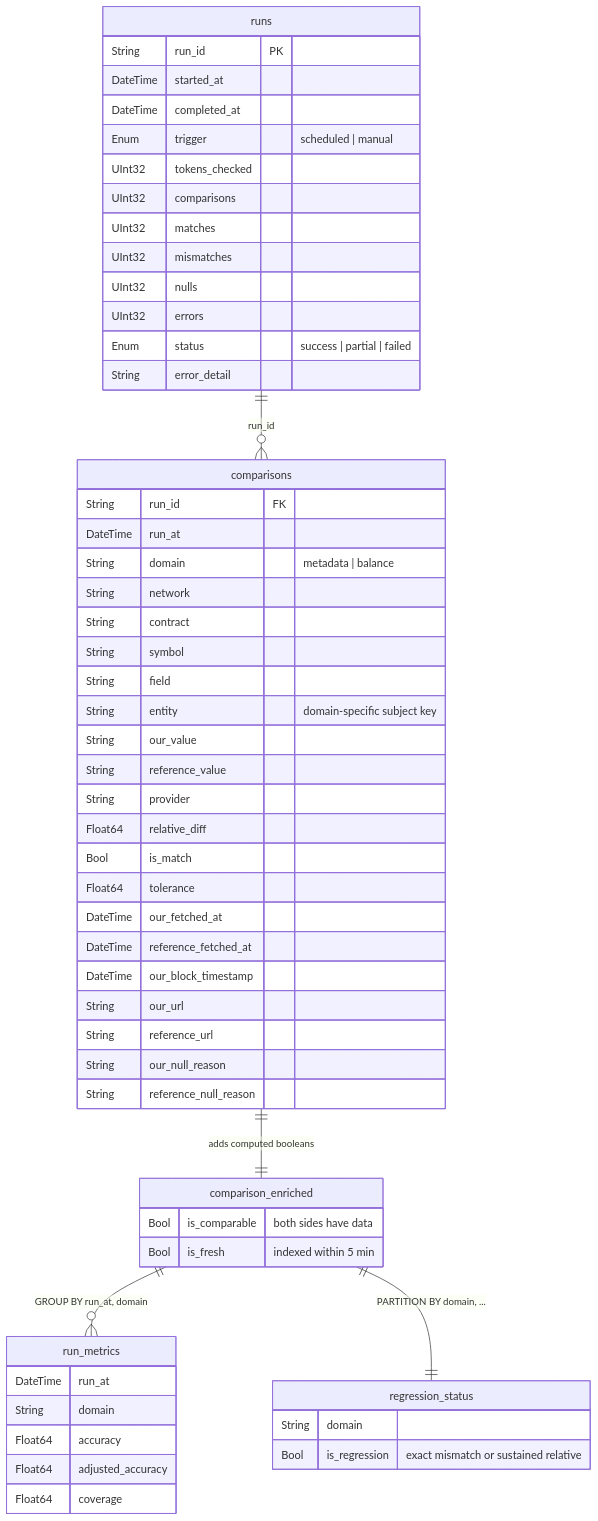
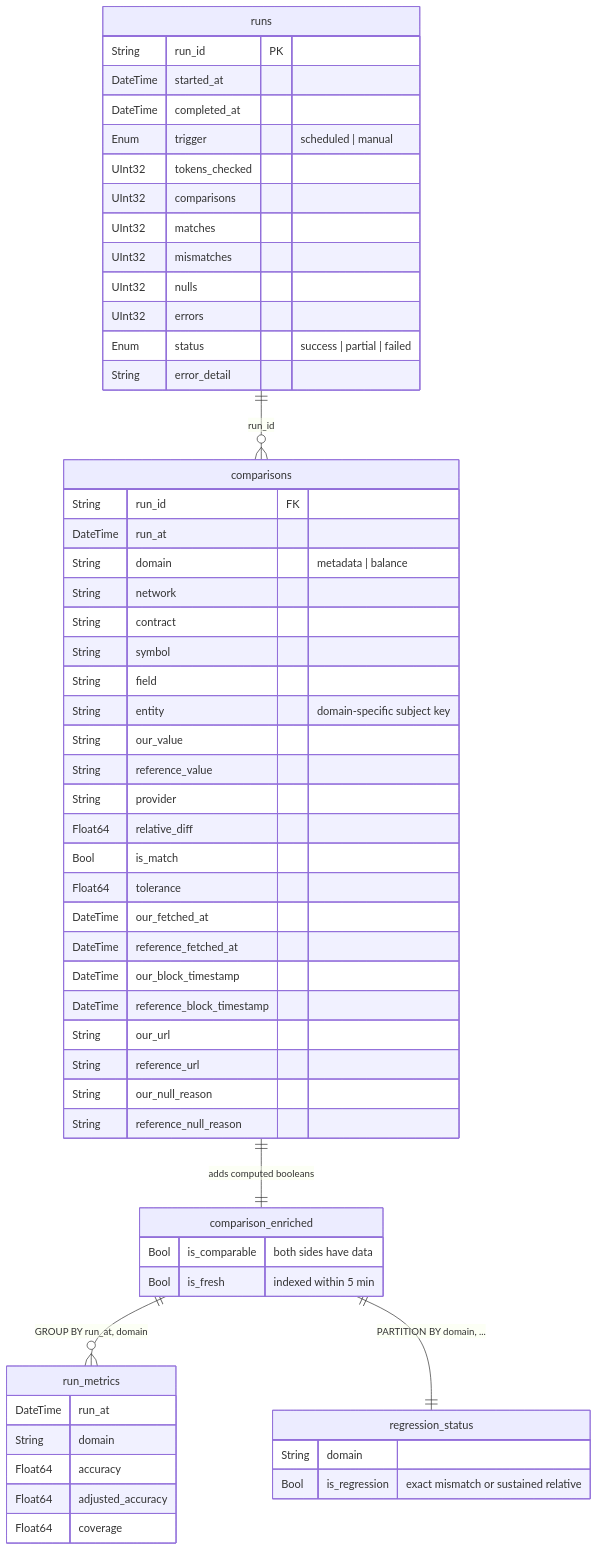
Before and after one commit to pinax-network/token-api-validator: the diagram in README.md, drawn with Mermaid. The commit also changed other lines of this file and 2 other files, not shown here.

First line of the commit message:
Update docs for RPC provider and reference_block_timestamp

````diff
--- a/README.md
+++ b/README.md
@@ -163,64 +163,65 @@
 ```mermaid
 erDiagram
     runs {
         String run_id PK
         DateTime started_at
         DateTime completed_at
         Enum trigger "scheduled | manual"
         UInt32 tokens_checked
         UInt32 comparisons
         UInt32 matches
         UInt32 mismatches
         UInt32 nulls
         UInt32 errors
         Enum status "success | partial | failed"
         String error_detail
     }
 
     comparisons {
         String run_id FK
         DateTime run_at
         String domain "metadata | balance"
         String network
         String contract
         String symbol
         String field
         String entity "domain-specific subject key"
         String our_value
         String reference_value
         String provider
         Float64 relative_diff
         Bool is_match
         Float64 tolerance
         DateTime our_fetched_at
         DateTime reference_fetched_at
         DateTime our_block_timestamp
+        DateTime reference_block_timestamp
         String our_url
         String reference_url
         String our_null_reason
         String reference_null_reason
     }
 
     comparison_enriched {
         Bool is_comparable "both sides have data"
         Bool is_fresh "indexed within 5 min"
     }
 
     run_metrics {
         DateTime run_at
         String domain
         Float64 accuracy
         Float64 adjusted_accuracy
         Float64 coverage
     }
 
     regression_status {
         String domain
         Bool is_regression "exact mismatch or sustained relative"
     }
 
     runs ||--o{ comparisons : "run_id"
     comparisons ||--|| comparison_enriched : "adds computed booleans"
     comparison_enriched ||--o{ run_metrics : "GROUP BY run_at, domain"
     comparison_enriched ||--|| regression_status : "PARTITION BY domain, ..."
 ```
````
